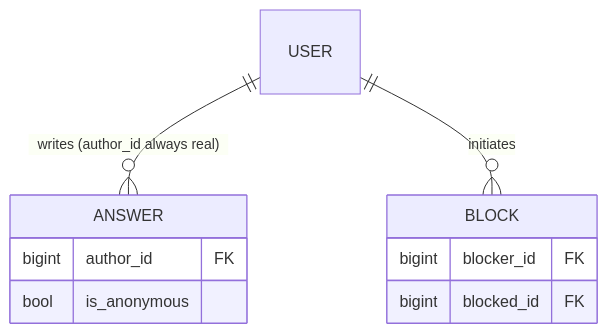
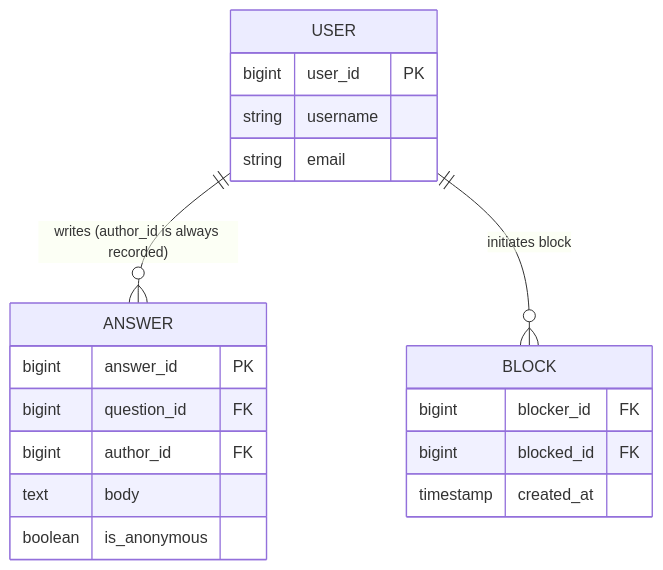
Diagram 13 of 15 in system-design/HLD/0-course/27-Design Quora-FAANG-Guide-story.md (riyaz-pasha/Learnings), drawn with Mermaid before and after one commit. The commit also changed other lines of this file and 1 other file, not shown here.

Commit message:
docs: simplify language, expand examples, and fix mermaid diagrams in Quora guide

````diff
--- a/system-design/HLD/0-course/27-Design Quora-FAANG-Guide-story.md
+++ b/system-design/HLD/0-course/27-Design Quora-FAANG-Guide-story.md
@@ -344,14 +700,25 @@
 ```mermaid
 erDiagram
-    USER ||--o{ ANSWER : "writes (author_id always real)"
-    USER ||--o{ BLOCK : initiates
+    USER ||--o{ ANSWER : "writes (author_id is always recorded)"
+    USER ||--o{ BLOCK : "initiates block"
 
+    USER {
+        bigint user_id PK
+        string username
+        string email
+    }
+    
     ANSWER {
+        bigint answer_id PK
+        bigint question_id FK
         bigint author_id FK
-        bool is_anonymous
+        text body
+        boolean is_anonymous
     }
+    
     BLOCK {
         bigint blocker_id FK
         bigint blocked_id FK
+        timestamp created_at
     }
 ```
````
